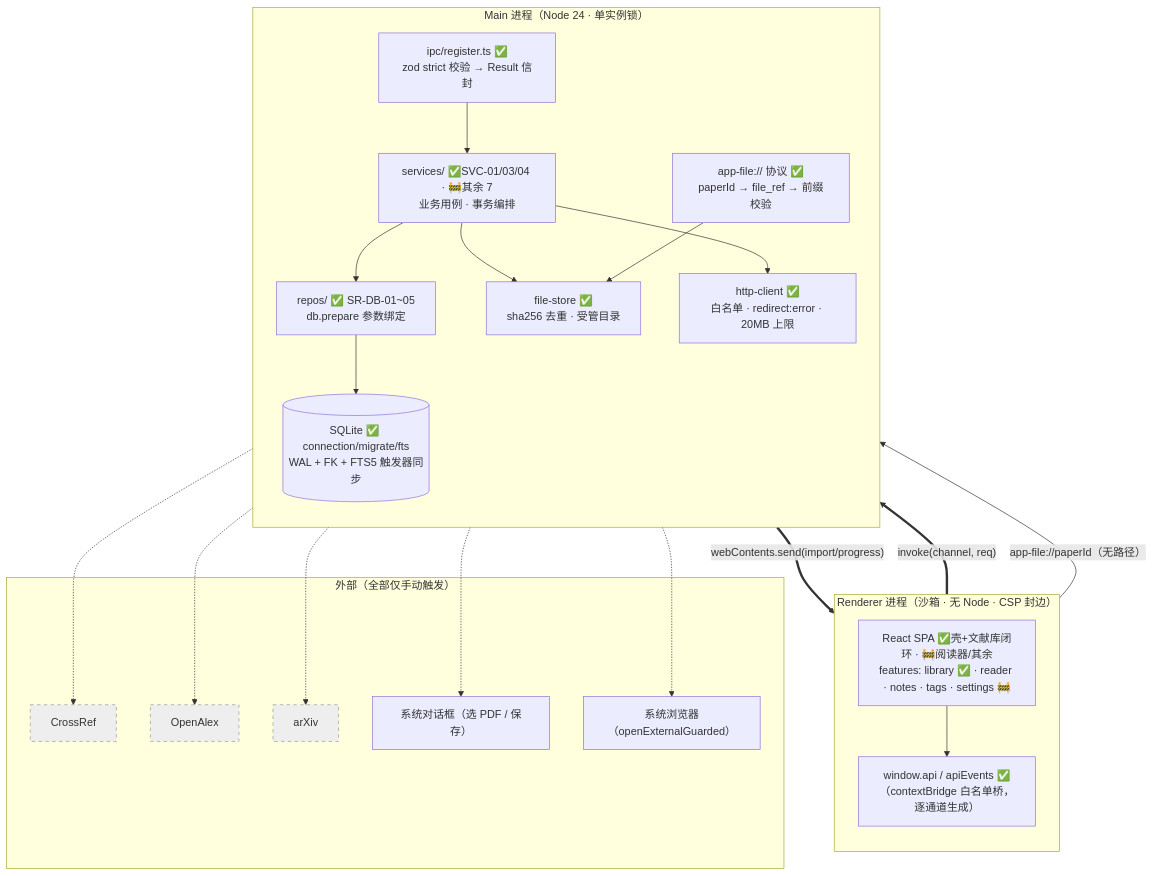
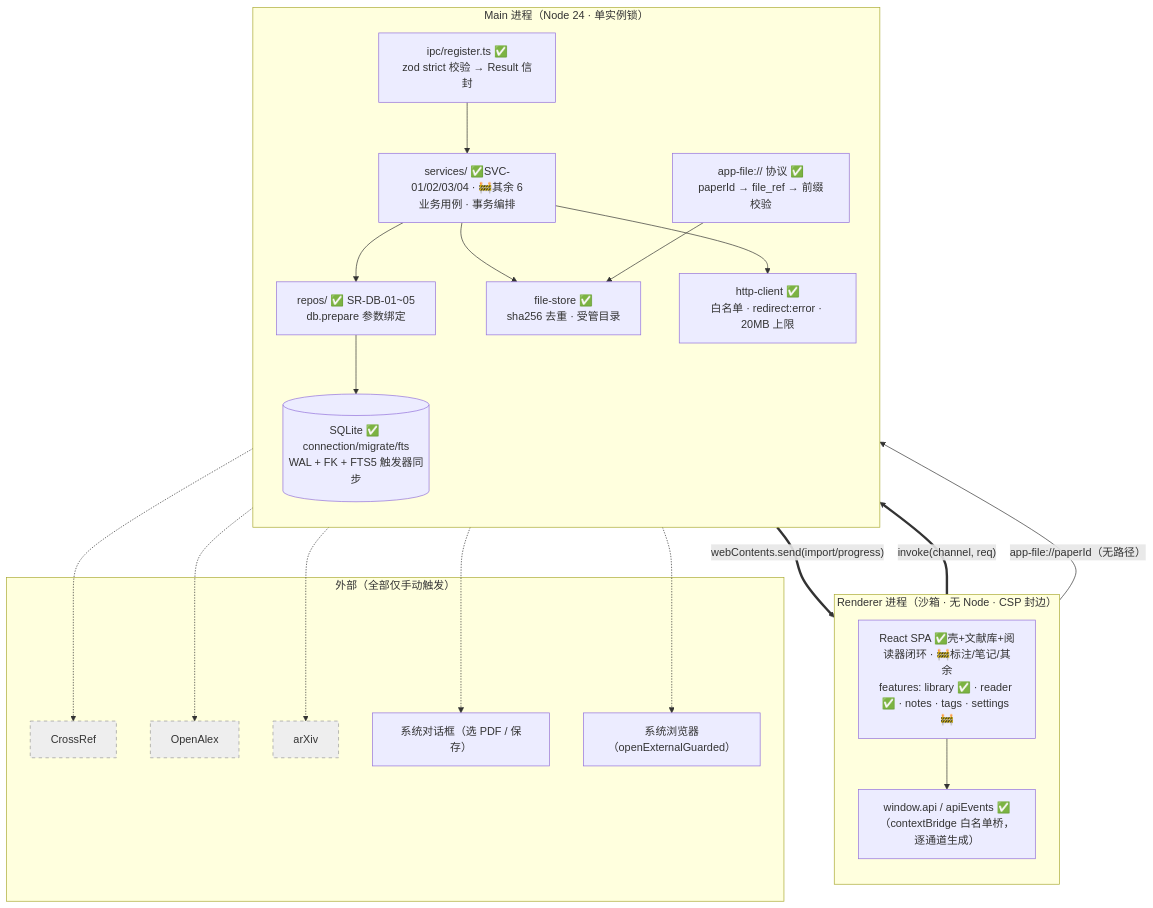
The first of 8 diagrams in docs/architecture.md (yyx20040712/Synapse), drawn with Mermaid before and after one commit. The commit also changed other lines of this file and 1 other file, not shown here.

Commit message:
docs: Phase 3 收官——ROADMAP 勾选与基线快照（done 43 / e2e 5 绿）+ architecture §7 图纸状态更新

````diff
--- a/docs/architecture.md
+++ b/docs/architecture.md
@@ -72,37 +72,37 @@
 ```mermaid
 flowchart TB
   subgraph R["Renderer 进程（沙箱 · 无 Node · CSP 封边）"]
     direction TB
-    UI["React SPA ✅壳+文献库闭环 · 🚧阅读器/其余<br/>features: library ✅ · reader · notes · tags · settings 🚧"]
+    UI["React SPA ✅壳+文献库+阅读器闭环 · 🚧标注/笔记/其余<br/>features: library ✅ · reader ✅ · notes · tags · settings 🚧"]
     WA["window.api / apiEvents ✅<br/>（contextBridge 白名单桥，逐通道生成）"]
     UI --> WA
   end
 
   subgraph M["Main 进程（Node 24 · 单实例锁）"]
     direction TB
     REG["ipc/register.ts ✅<br/>zod strict 校验 → Result 信封"]
-    SVC["services/ ✅SVC-01/03/04 · 🚧其余 7<br/>业务用例 · 事务编排"]
+    SVC["services/ ✅SVC-01/02/03/04 · 🚧其余 6<br/>业务用例 · 事务编排"]
     REPO["repos/ ✅ SR-DB-01~05<br/>db.prepare 参数绑定"]
     DB[("SQLite ✅ connection/migrate/fts<br/>WAL + FK + FTS5 触发器同步")]
     PROTO["app-file:// 协议 ✅<br/>paperId → file_ref → 前缀校验"]
     FSTORE["file-store ✅<br/>sha256 去重 · 受管目录"]
     HTTP["http-client ✅<br/>白名单 · redirect:error · 20MB 上限"]
   end
 
   subgraph E["外部（全部仅手动触发）"]
     CR["CrossRef"]:::ext
     OA["OpenAlex"]:::ext
     AX["arXiv"]:::ext
     DLG["系统对话框（选 PDF / 保存）"]
     BRW["系统浏览器（openExternalGuarded）"]
   end
 
   WA == "invoke(channel, req)" ==> REG
   REG --> SVC --> REPO --> DB
   SVC --> FSTORE
   SVC --> HTTP -.-> CR & OA & AX
   SVC == "webContents.send(import/progress)" ==> WA
   UI -- "app-file://paperId（无路径）" --> PROTO --> FSTORE
   M -.-> DLG & BRW
   classDef ext fill:#eee,stroke:#999,stroke-dasharray: 5 5
 ```
````
